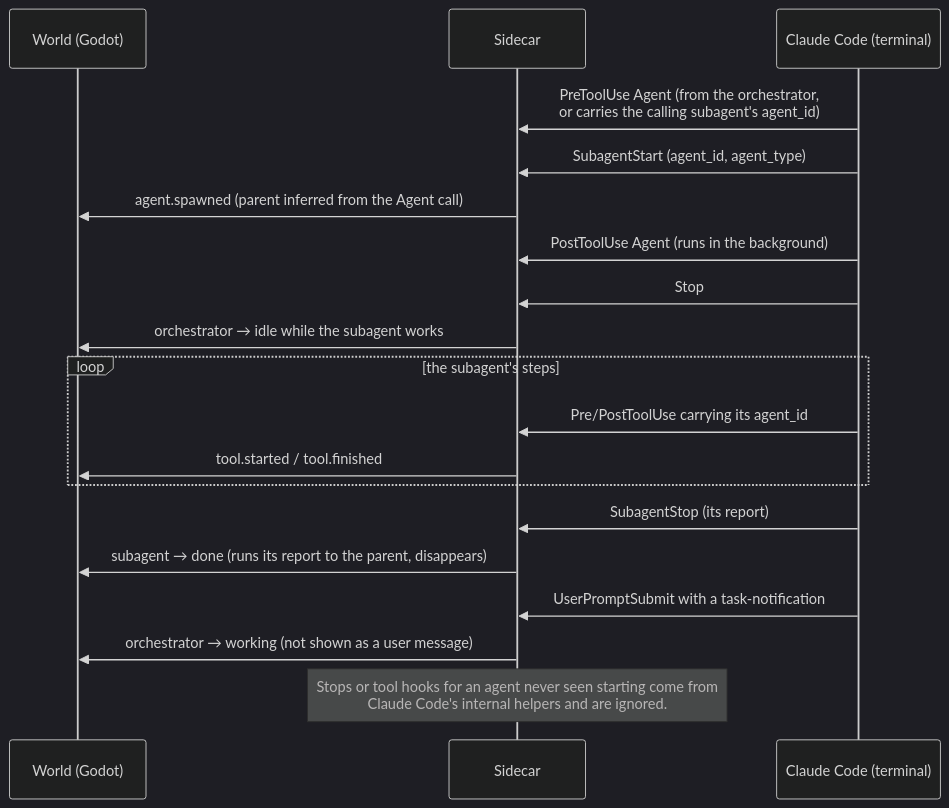
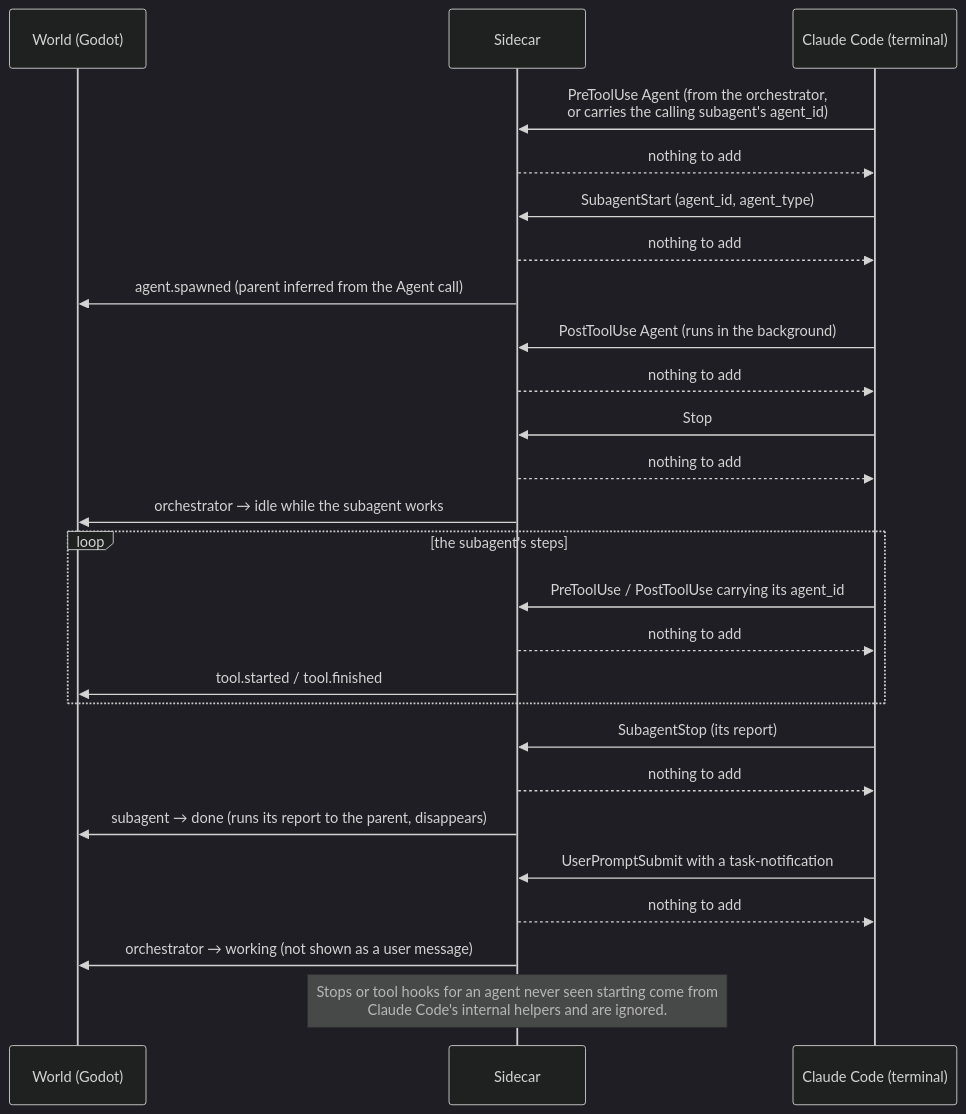
The fifth of 7 diagrams in docs/flows.md (PaoloPortugal/The-Beach), drawn with Mermaid (dark theme) before and after one commit. The commit also changed other lines of this file, not shown here.

Commit message:
Draw every reply in the flow diagrams and add a reading key

````diff
--- a/docs/flows.md
+++ b/docs/flows.md
@@ -141,22 +161,29 @@
 ```mermaid
 sequenceDiagram
     participant World as World (Godot)
     participant Sidecar
     participant Claude as Claude Code (terminal)
 
     Claude->>Sidecar: PreToolUse Agent (from the orchestrator,<br/>or carries the calling subagent's agent_id)
+    Sidecar-->>Claude: nothing to add
     Claude->>Sidecar: SubagentStart (agent_id, agent_type)
+    Sidecar-->>Claude: nothing to add
     Sidecar->>World: agent.spawned (parent inferred from the Agent call)
     Claude->>Sidecar: PostToolUse Agent (runs in the background)
+    Sidecar-->>Claude: nothing to add
     Claude->>Sidecar: Stop
+    Sidecar-->>Claude: nothing to add
     Sidecar->>World: orchestrator → idle while the subagent works
     loop the subagent's steps
-        Claude->>Sidecar: Pre/PostToolUse carrying its agent_id
+        Claude->>Sidecar: PreToolUse / PostToolUse carrying its agent_id
+        Sidecar-->>Claude: nothing to add
         Sidecar->>World: tool.started / tool.finished
     end
     Claude->>Sidecar: SubagentStop (its report)
+    Sidecar-->>Claude: nothing to add
     Sidecar->>World: subagent → done (runs its report to the parent, disappears)
     Claude->>Sidecar: UserPromptSubmit with a task-notification
+    Sidecar-->>Claude: nothing to add
     Sidecar->>World: orchestrator → working (not shown as a user message)
     Note over Sidecar: Stops or tool hooks for an agent never seen starting come from<br/>Claude Code's internal helpers and are ignored.
 ```
````
